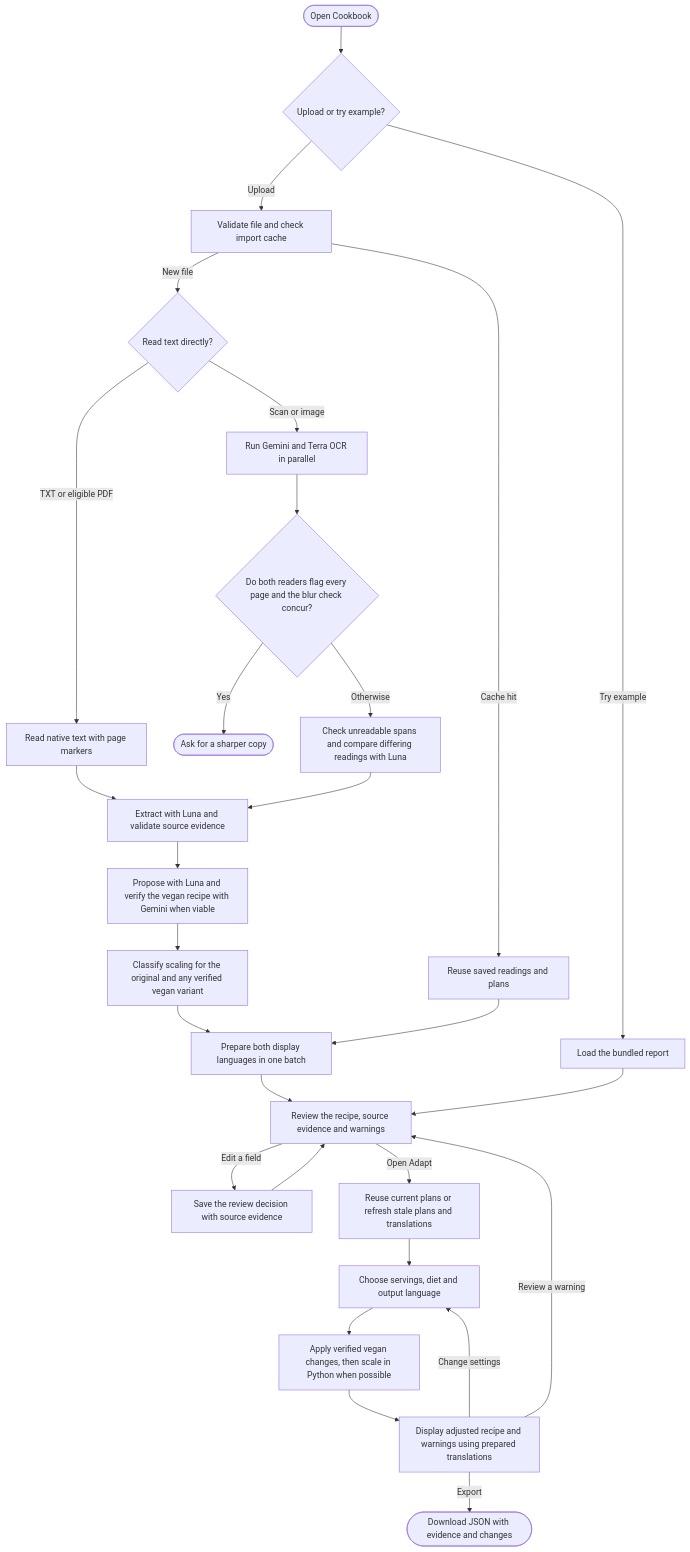
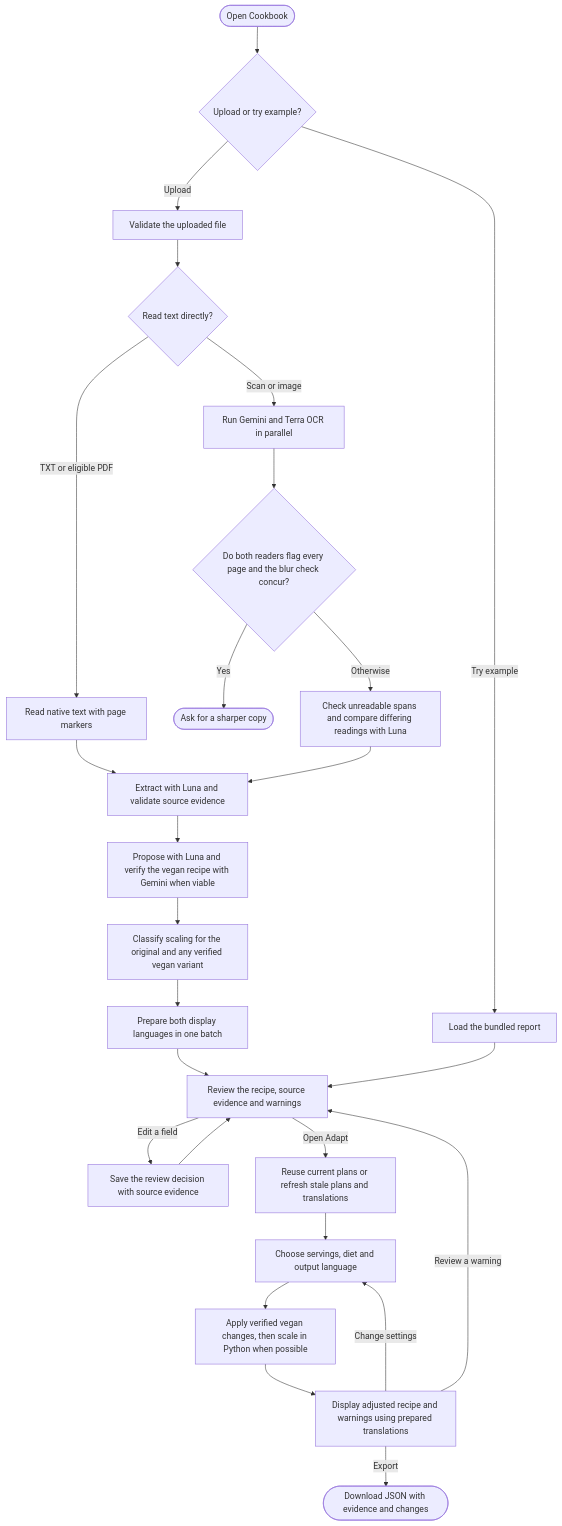
Before and after one commit to Gabriel-Volker/finlyt-cookbook: the diagram in README.md, drawn with Mermaid. The commit also changed other lines of this file and 9 other files, not shown here.

````diff
--- a/README.md
+++ b/README.md
@@ -19,31 +19,29 @@
 ```mermaid
 flowchart TD
     start(["Open Cookbook"]) --> entry{"Upload or try example?"}
     entry -->|"Try example"| saved["Load the bundled report"]
-    entry -->|"Upload"| upload["Validate file and check import cache"]
-    upload -->|"Cache hit"| savedReport["Reuse saved readings and plans"]
-    upload -->|"New file"| route{"Read text directly?"}
+    entry -->|"Upload"| upload["Validate the uploaded file"]
+    upload --> route{"Read text directly?"}
     route -->|"TXT or eligible PDF"| native["Read native text with page markers"]
     route -->|"Scan or image"| ocr["Run Gemini and Terra OCR in parallel"]
     ocr --> blur{"Do both readers flag every page and the blur check concur?"}
     blur -->|"Yes"| rescan(["Ask for a sharper copy"])
     blur -->|"Otherwise"| compare["Check unreadable spans and compare differing readings with Luna"]
     native --> extract["Extract with Luna and validate source evidence"]
     compare --> extract
     extract --> veganPlan["Propose with Luna and verify the vegan recipe with Gemini when viable"]
     veganPlan --> scalePlan["Classify scaling for the original and any verified vegan variant"]
     scalePlan --> translations["Prepare both display languages in one batch"]
-    savedReport --> translations
     translations --> review["Review the recipe, source evidence and warnings"]
     saved --> review
 
     review -->|"Edit a field"| correction["Save the review decision with source evidence"]
     correction --> review
     review -->|"Open Adapt"| current["Reuse current plans or refresh stale plans and translations"]
     current --> options["Choose servings, diet and output language"]
     options --> apply["Apply verified vegan changes, then scale in Python when possible"]
     apply --> display["Display adjusted recipe and warnings using prepared translations"]
     display -->|"Change settings"| options
     display -->|"Review a warning"| review
     display -->|"Export"| report(["Download JSON with evidence and changes"])
 ```
````
